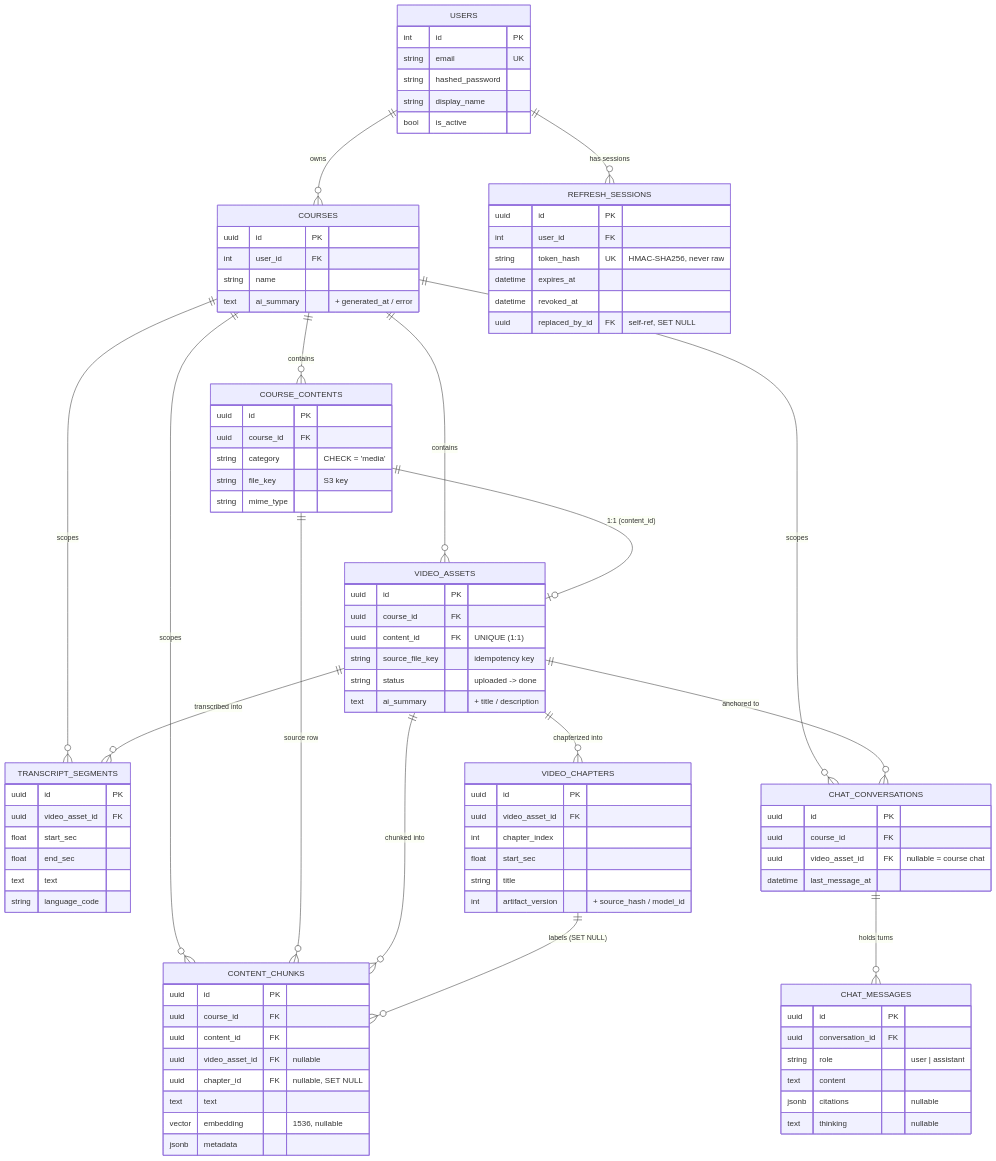
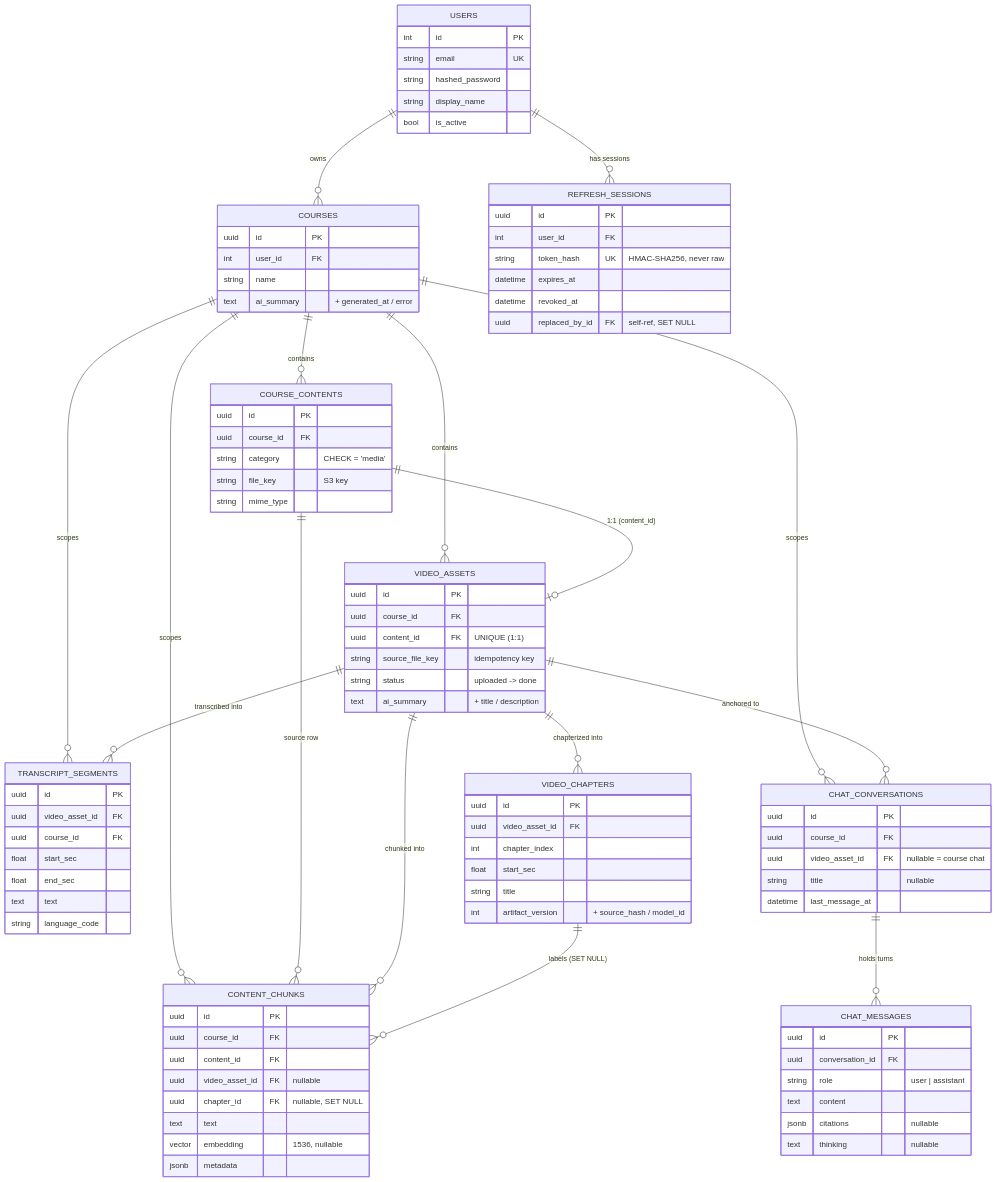
The first of 3 diagrams in docs/data.md (yuvallevy09/class-mate), drawn with Mermaid before and after one commit. The commit also changed other lines of this file and 36 other files, not shown here.

```diff
--- a/docs/data.md
+++ b/docs/data.md
@@ -81,6 +81,7 @@
     TRANSCRIPT_SEGMENTS {
         uuid id PK
         uuid video_asset_id FK
+        uuid course_id FK
         float start_sec
         float end_sec
         text text
@@ -108,6 +109,7 @@
         uuid id PK
         uuid course_id FK
         uuid video_asset_id FK "nullable = course chat"
+        string title "nullable"
         datetime last_message_at
     }
     CHAT_MESSAGES {
```
